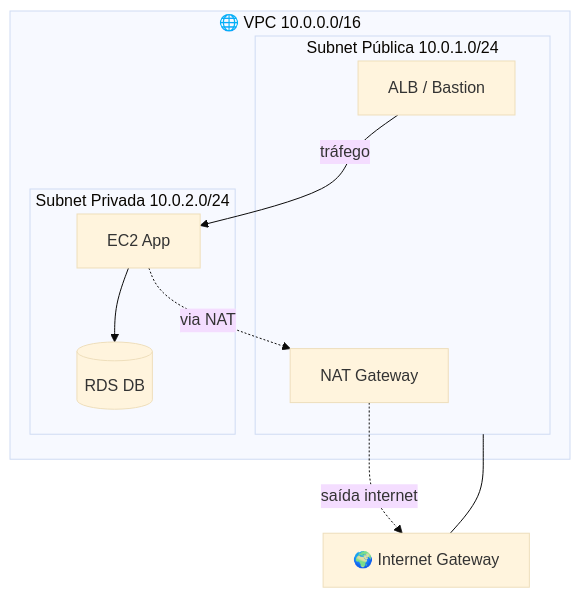
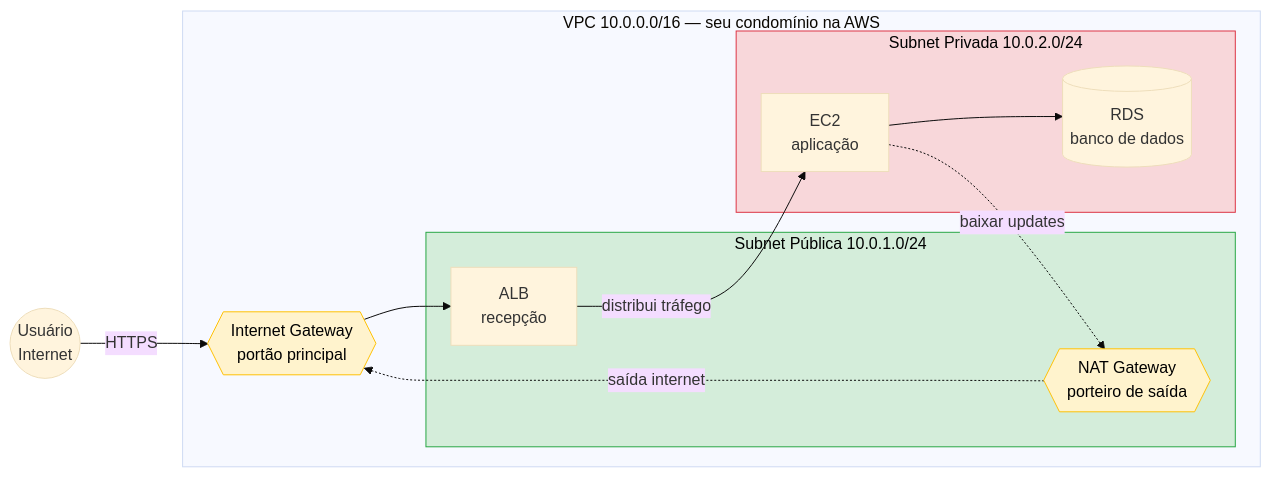
One commit to ckoliveiraa/AWS-Certified-Cloud-Practitioner-CLF-C02- changed the diagram in 03-tecnologia-e-servicos/3.5-rede.md. Above: the diagram before and after it, drawn with Mermaid (base theme). The commit also changed other lines of this file, not shown here.

Commit message:
Aula 3.5: simplifica linguagem com analogia de condominio, melhora diagrama VPC e adiciona CIDR

````diff
--- a/03-tecnologia-e-servicos/3.5-rede.md
+++ b/03-tecnologia-e-servicos/3.5-rede.md
@@ -7,18 +29,32 @@
 ```mermaid
-flowchart TB
-    subgraph VPC["🌐 VPC 10.0.0.0/16"]
+flowchart LR
+    User((Usuário<br/>Internet))
+
+    subgraph VPC["VPC 10.0.0.0/16 — seu condomínio na AWS"]
+        IGW{{Internet Gateway<br/>portão principal}}
+
         subgraph Pub["Subnet Pública 10.0.1.0/24"]
-            ALB[ALB / Bastion]
-            NAT[NAT Gateway]
+            ALB[ALB<br/>recepção]
+            NAT{{NAT Gateway<br/>porteiro de saída}}
         end
+
         subgraph Priv["Subnet Privada 10.0.2.0/24"]
-            EC2[EC2 App]
-            RDS[(RDS DB)]
+            EC2[EC2<br/>aplicação]
+            RDS[(RDS<br/>banco de dados)]
         end
     end
-    IGW[🌍 Internet Gateway] --- Pub
+
+    User -->|HTTPS| IGW
+    IGW --> ALB
+    ALB -->|distribui tráfego| EC2
+    EC2 --> RDS
+    EC2 -.->|baixar updates| NAT
     NAT -.->|saída internet| IGW
-    EC2 -.->|via NAT| NAT
-    ALB -->|tráfego| EC2
-    EC2 --> RDS
+
+    classDef public fill:#d4edda,stroke:#28a745,color:#000
+    classDef private fill:#f8d7da,stroke:#dc3545,color:#000
+    classDef gateway fill:#fff3cd,stroke:#ffc107,color:#000
+    class Pub public
+    class Priv private
+    class IGW,NAT gateway
 ```
````
